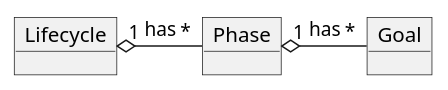
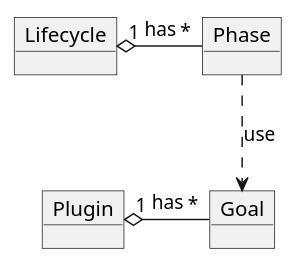
The diagram in phase_and_goal.org (sambatriste/maven3-tutorial), drawn with PlantUML before and after one commit. The commit also changed 8 other files, not shown here.

```diff
--- a/phase_and_goal.org
+++ b/phase_and_goal.org
@@ -9,9 +9,11 @@
 #+BEGIN_SRC plantuml :file resources/lifecycle.png :cmdline -charset UTF-8
 object Lifecycle
 object Phase
 object Goal
+object Plugin
 
 Lifecycle "1" o- "*" Phase : has
-Phase "1" o- "*" Goal : has
+Plugin "1" o- "*" Goal :has
+Phase  ..>  Goal : use
 
 #+END_SRC
```
